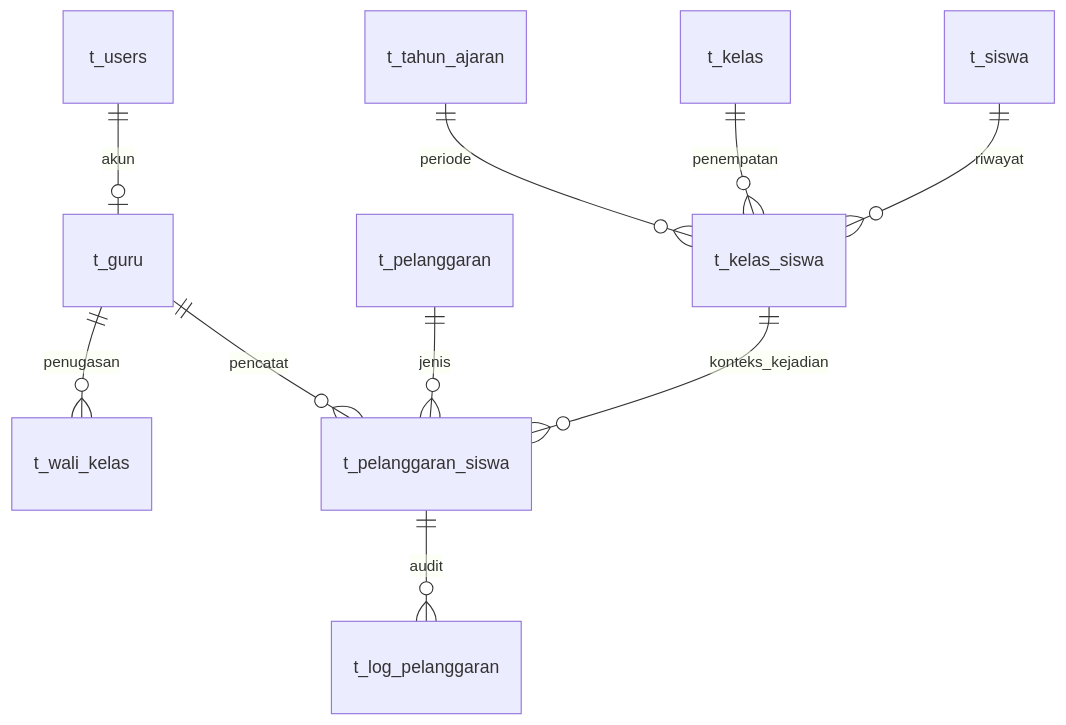
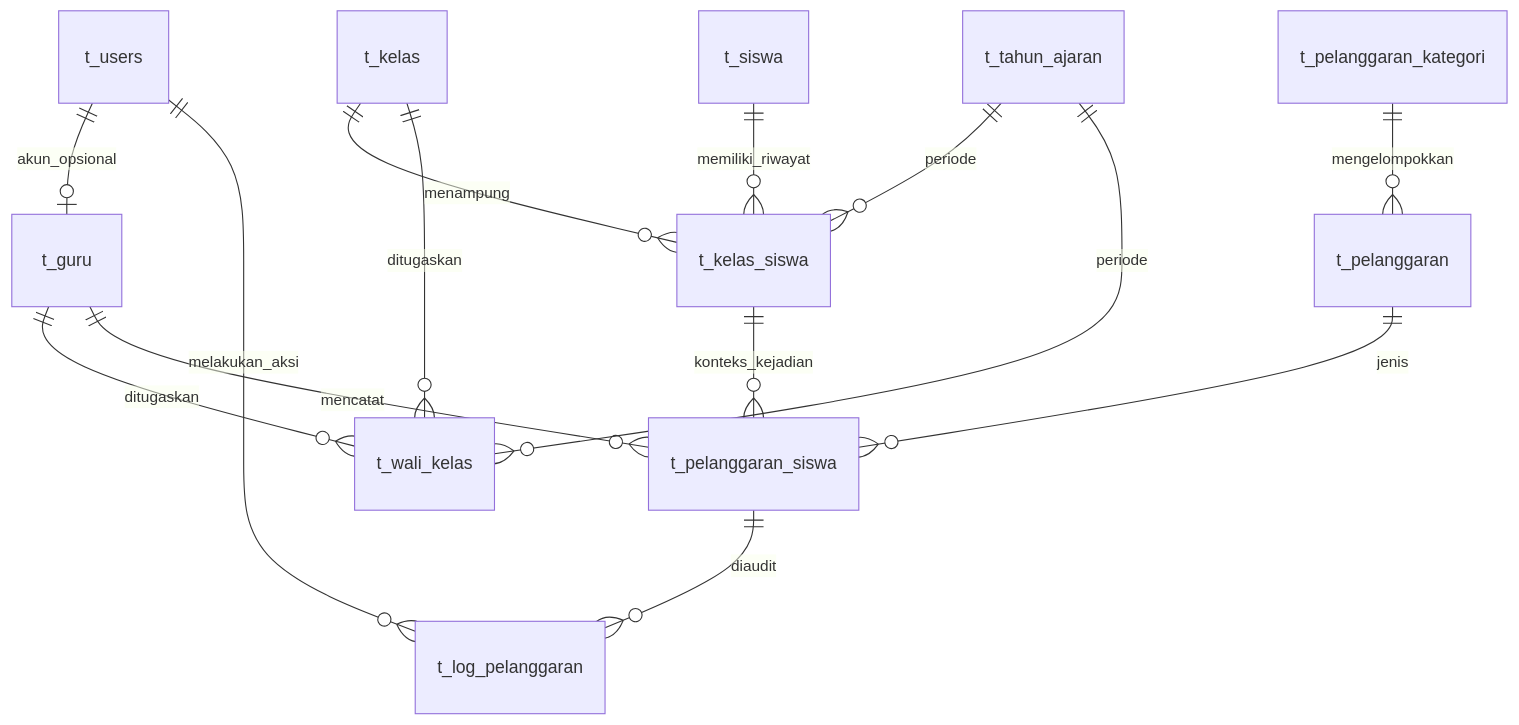
The diagram in docs/belajar-sekolahku/02-database-mysql.md (aditgaming1111111-jpg/UKK-2026), drawn with Mermaid before and after one commit. The commit also changed other lines of this file and 7 other files, not shown here.

````diff
--- a/docs/belajar-sekolahku/02-database-mysql.md
+++ b/docs/belajar-sekolahku/02-database-mysql.md
@@ -25,12 +85,16 @@
 ```mermaid
 erDiagram
-    t_users ||--o| t_guru : akun
-    t_siswa ||--o{ t_kelas_siswa : riwayat
-    t_kelas ||--o{ t_kelas_siswa : penempatan
+    t_users ||--o| t_guru : akun_opsional
+    t_users ||--o{ t_log_pelanggaran : melakukan_aksi
+    t_guru ||--o{ t_wali_kelas : ditugaskan
+    t_guru ||--o{ t_pelanggaran_siswa : mencatat
+    t_siswa ||--o{ t_kelas_siswa : memiliki_riwayat
+    t_kelas ||--o{ t_kelas_siswa : menampung
     t_tahun_ajaran ||--o{ t_kelas_siswa : periode
-    t_guru ||--o{ t_wali_kelas : penugasan
+    t_kelas ||--o{ t_wali_kelas : ditugaskan
+    t_tahun_ajaran ||--o{ t_wali_kelas : periode
+    t_pelanggaran_kategori ||--o{ t_pelanggaran : mengelompokkan
     t_kelas_siswa ||--o{ t_pelanggaran_siswa : konteks_kejadian
     t_pelanggaran ||--o{ t_pelanggaran_siswa : jenis
-    t_guru ||--o{ t_pelanggaran_siswa : pencatat
-    t_pelanggaran_siswa ||--o{ t_log_pelanggaran : audit
+    t_pelanggaran_siswa ||--o{ t_log_pelanggaran : diaudit
 ```
````
